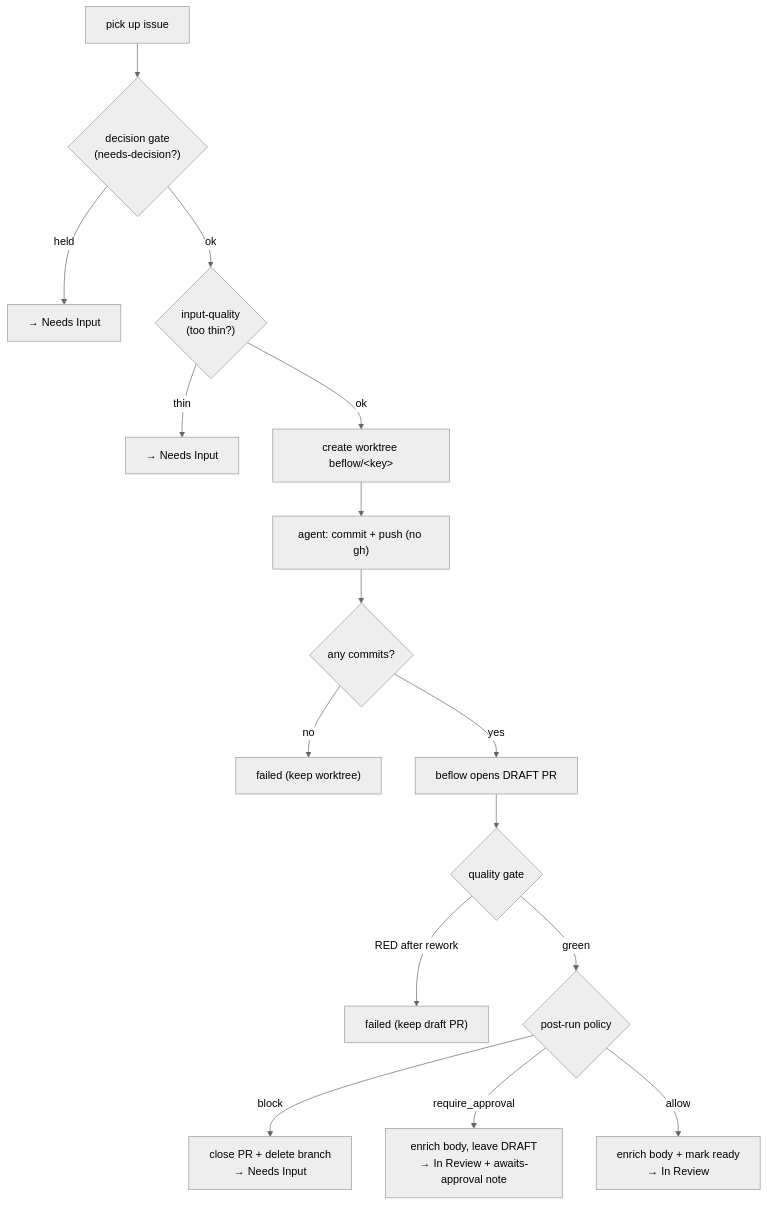
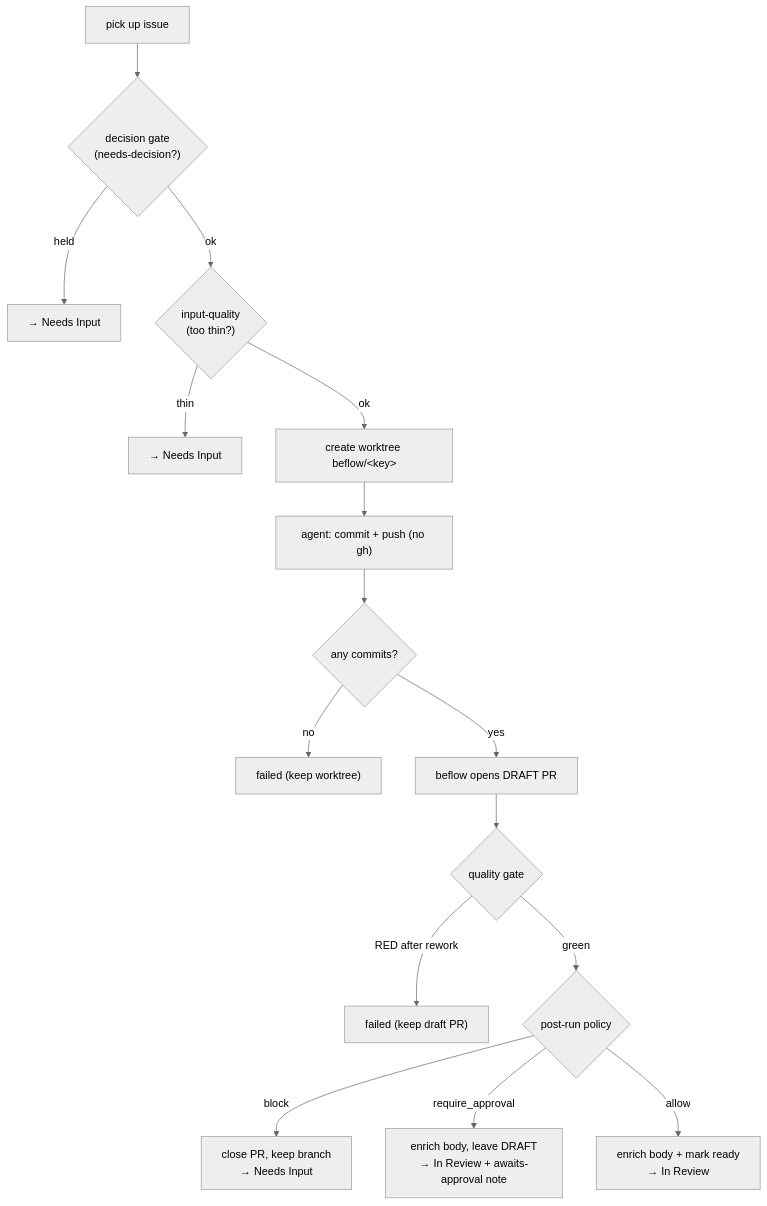
One commit to corrm/beflow changed the second of 2 diagrams in README.md. Above: the diagram before and after it, drawn with Mermaid (neutral theme). The commit also changed other lines of this file and 9 other files, not shown here.

First line of the commit message:
feat(policy): keep branch on block + configurable qualityGate.maxRework

````diff
--- a/README.md
+++ b/README.md
@@ -106,18 +108,18 @@
 ```mermaid
 flowchart TD
   picks["pick up issue"] --> dgate{"decision gate<br/>(needs-decision?)"}
   dgate -- held --> ni1["→ Needs Input"]
   dgate -- ok --> iq{"input-quality<br/>(too thin?)"}
   iq -- thin --> ni2["→ Needs Input"]
   iq -- ok --> wt["create worktree beflow/&lt;key&gt;"]
   wt --> ag["agent: commit + push (no gh)"]
   ag --> noop{"any commits?"}
   noop -- no --> failkeep["failed (keep worktree)"]
   noop -- yes --> draft["beflow opens DRAFT PR"]
   draft --> qg{"quality gate"}
   qg -- RED after rework --> failkeep2["failed (keep draft PR)"]
   qg -- green --> pol{"post-run policy"}
-  pol -- block --> blk["close PR + delete branch<br/>→ Needs Input"]
+  pol -- block --> blk["close PR, keep branch<br/>→ Needs Input"]
   pol -- require_approval --> appr["enrich body, leave DRAFT<br/>→ In Review + awaits-approval note"]
   pol -- allow --> al["enrich body + mark ready<br/>→ In Review"]
 ```
````
